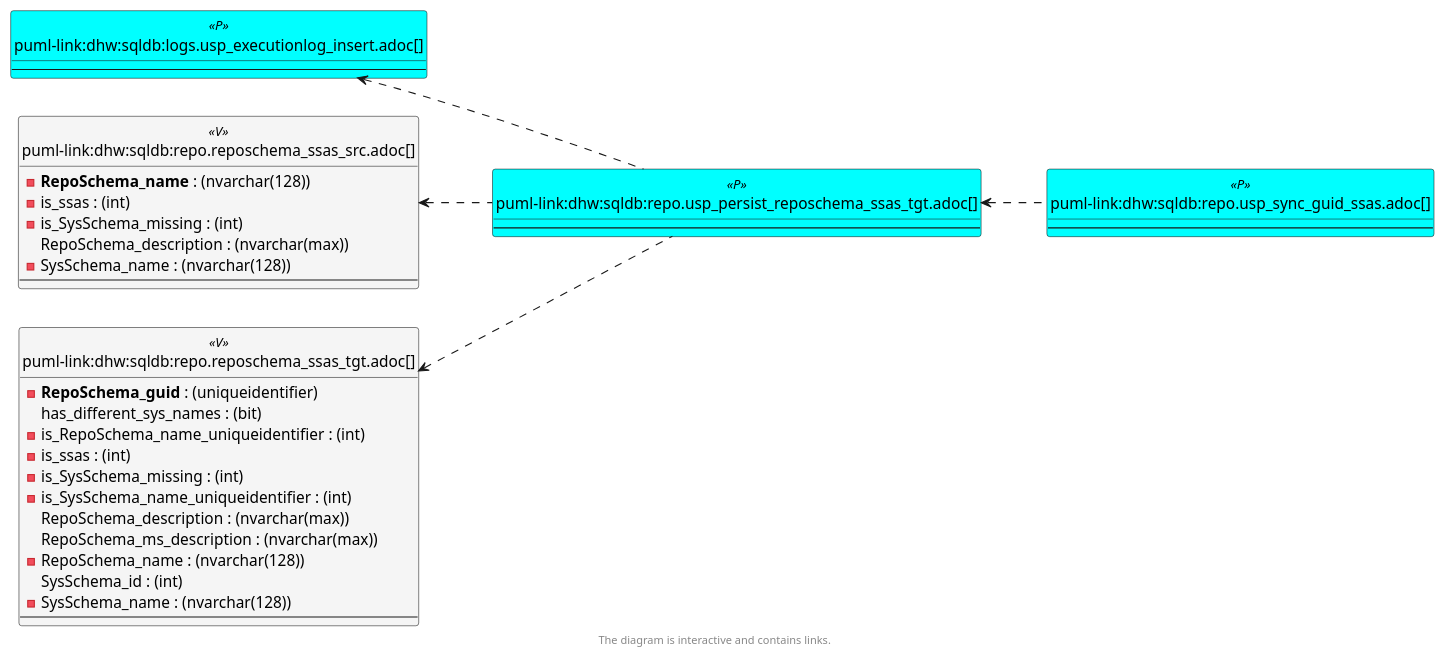
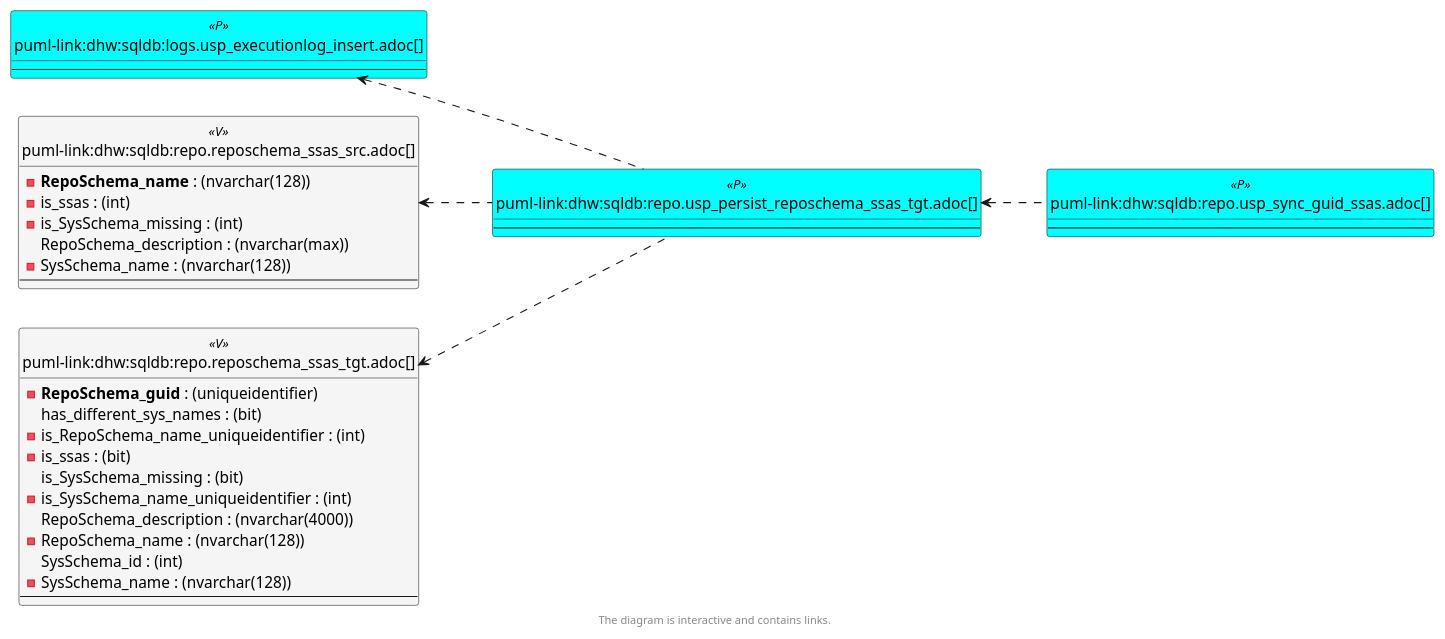
The sixth of 6 diagrams in docs/modules/sqldb/partials/content/repo.usp_persist_reposchema_ssas_tgt.adoc (DataHandwerk/dhw-antora-sqldb), drawn with PlantUML before and after one commit. The commit also changed other lines of this file and 641 other files, not shown here.

```diff
--- a/docs/modules/sqldb/partials/content/repo.usp_persist_reposchema_ssas_tgt.adoc
+++ b/docs/modules/sqldb/partials/content/repo.usp_persist_reposchema_ssas_tgt.adoc
@@ -839,76 +839,75 @@
 [plantuml, entity_1_1_colref-{docname}, svg, subs=macros]
 ....
 @startuml
 left to right direction
 'top to bottom direction
 hide circle
 'avoide "." issues:
 set namespaceSeparator none
 
 
 skinparam class {
   BackgroundColor White
   BackgroundColor<<FN>> Yellow
   BackgroundColor<<FS>> Yellow
   BackgroundColor<<FT>> LightGray
   BackgroundColor<<IF>> Yellow
   BackgroundColor<<IS>> Yellow
   BackgroundColor<<P>>  Aqua
   BackgroundColor<<PC>> Aqua
   BackgroundColor<<SN>> Yellow
   BackgroundColor<<SO>> SlateBlue
   BackgroundColor<<TF>> LightGray
   BackgroundColor<<TR>> Tomato
   BackgroundColor<<U>>  White
   BackgroundColor<<V>>  WhiteSmoke
   BackgroundColor<<X>>  Aqua
   BackgroundColor<<external>> AliceBlue
 }
 
 
 entity "puml-link:dhw:sqldb:logs.usp_executionlog_insert.adoc[]" as logs.usp_ExecutionLog_insert << P >> {
   --
 }
 
 entity "puml-link:dhw:sqldb:repo.reposchema_ssas_src.adoc[]" as repo.RepoSchema_ssas_src << V >> {
   - **RepoSchema_name** : (nvarchar(128))
   - is_ssas : (int)
   - is_SysSchema_missing : (int)
   RepoSchema_description : (nvarchar(max))
   - SysSchema_name : (nvarchar(128))
   --
 }
 
 entity "puml-link:dhw:sqldb:repo.reposchema_ssas_tgt.adoc[]" as repo.RepoSchema_ssas_tgt << V >> {
   - **RepoSchema_guid** : (uniqueidentifier)
   has_different_sys_names : (bit)
   - is_RepoSchema_name_uniqueidentifier : (int)
-  - is_ssas : (int)
-  - is_SysSchema_missing : (int)
+  - is_ssas : (bit)
+  is_SysSchema_missing : (bit)
   - is_SysSchema_name_uniqueidentifier : (int)
-  RepoSchema_description : (nvarchar(max))
-  RepoSchema_ms_description : (nvarchar(max))
+  RepoSchema_description : (nvarchar(4000))
   - RepoSchema_name : (nvarchar(128))
   SysSchema_id : (int)
   - SysSchema_name : (nvarchar(128))
   --
 }
 
 entity "puml-link:dhw:sqldb:repo.usp_persist_reposchema_ssas_tgt.adoc[]" as repo.usp_PERSIST_RepoSchema_ssas_tgt << P >> {
   --
 }
 
 entity "puml-link:dhw:sqldb:repo.usp_sync_guid_ssas.adoc[]" as repo.usp_sync_guid_ssas << P >> {
   --
 }
 
 logs.usp_ExecutionLog_insert <.. repo.usp_PERSIST_RepoSchema_ssas_tgt
 repo.RepoSchema_ssas_src <.. repo.usp_PERSIST_RepoSchema_ssas_tgt
 repo.RepoSchema_ssas_tgt <.. repo.usp_PERSIST_RepoSchema_ssas_tgt
 repo.usp_PERSIST_RepoSchema_ssas_tgt <.. repo.usp_sync_guid_ssas
 
 
 footer The diagram is interactive and contains links.
 
 @enduml
 ....
```
